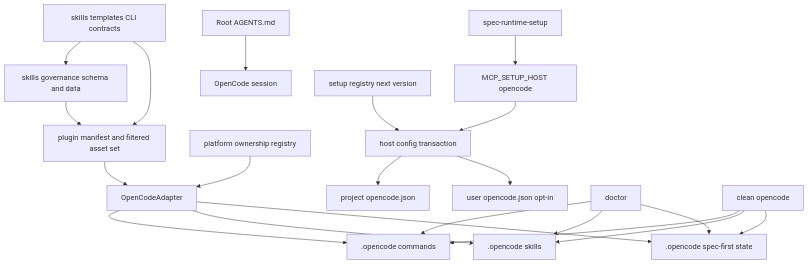
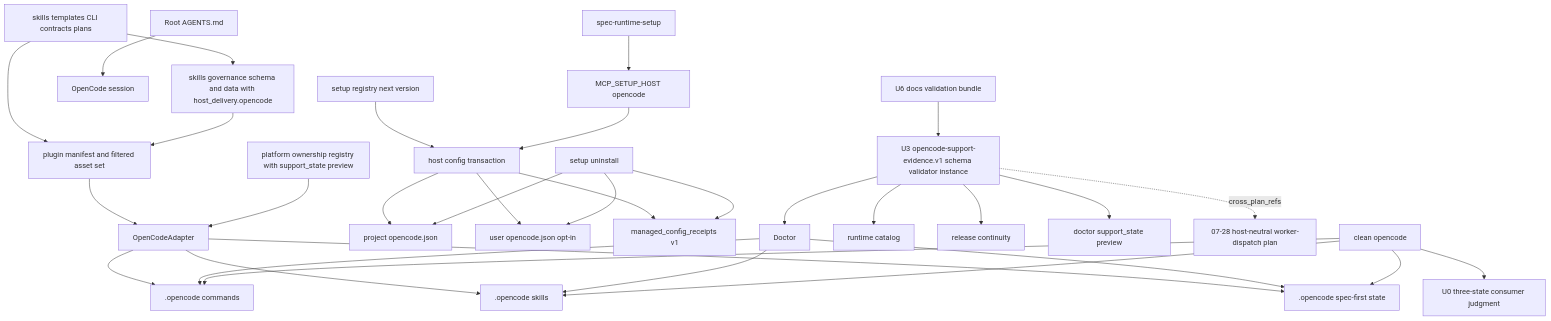
One commit to leo-kuang-ai/spec-first changed the second of 4 diagrams in docs/plans/2026-07-27-001-feat-opencode-host-support-plan.md. Above: the diagram before and after it, drawn with Mermaid. The commit also changed other lines of this file and 119 other files, not shown here.

First line of the commit message:
feat(workflow): harden host-neutral dispatch and prompt governance

````diff
--- a/docs/plans/2026-07-27-001-feat-opencode-host-support-plan.md
+++ b/docs/plans/2026-07-27-001-feat-opencode-host-support-plan.md
@@ -248,23 +320,34 @@
 ```mermaid
 flowchart TB
-  Source[skills templates CLI contracts] --> Governance[skills governance schema and data]
+  Source[skills templates CLI contracts plans] --> Governance[skills governance schema and data with host_delivery.opencode]
   Source --> Manifest[plugin manifest and filtered asset set]
   Governance --> Manifest
   Manifest --> Adapter[OpenCodeAdapter]
-  Registry[platform ownership registry] --> Adapter
+  Registry[platform ownership registry with support_state preview] --> Adapter
   Adapter --> Commands[.opencode commands]
   Adapter --> Skills[.opencode skills]
   Adapter --> State[.opencode spec-first state]
   Root[Root AGENTS.md] --> Session[OpenCode session]
   Setup[spec-runtime-setup] --> Authority[MCP_SETUP_HOST opencode]
   SetupRegistry[setup registry next version] --> ConfigTxn[host config transaction]
   Authority --> ConfigTxn
   ConfigTxn --> ProjectConfig[project opencode.json]
   ConfigTxn --> UserConfig[user opencode.json opt-in]
-  Doctor[doctor] --> Commands
+  ConfigTxn --> Receipts[managed_config_receipts v1]
+  Evidence[U3 opencode-support-evidence.v1 schema validator instance] --> Doctor
+  Evidence --> Catalog[runtime catalog]
+  Evidence --> Release[release continuity]
+  Evidence --> Doctor2[doctor support_state preview]
+  Evidence -. cross_plan_refs .-> HdPlan[07-28 host-neutral worker-dispatch plan]
+  Layer3[U6 docs validation bundle] --> Evidence
+  Doctor --> Commands
   Doctor --> Skills
   Doctor --> State
   Clean[clean opencode] --> Commands
   Clean --> Skills
   Clean --> State
+  Clean --> KTD4[U0 three-state consumer judgment]
+  SetupUninstall[setup uninstall] --> ProjectConfig
+  SetupUninstall --> UserConfig
+  SetupUninstall --> Receipts
 ```
````
